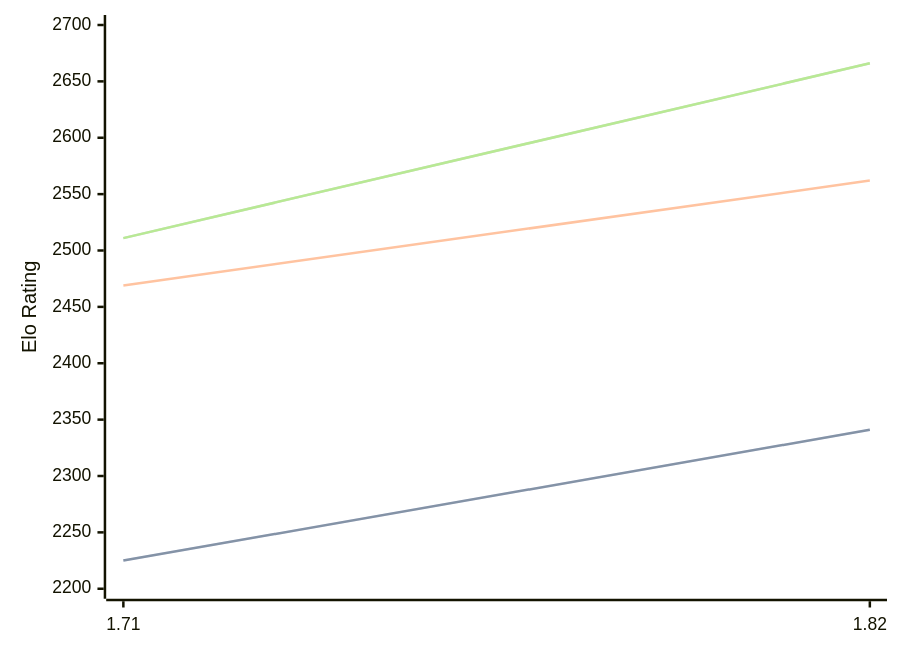
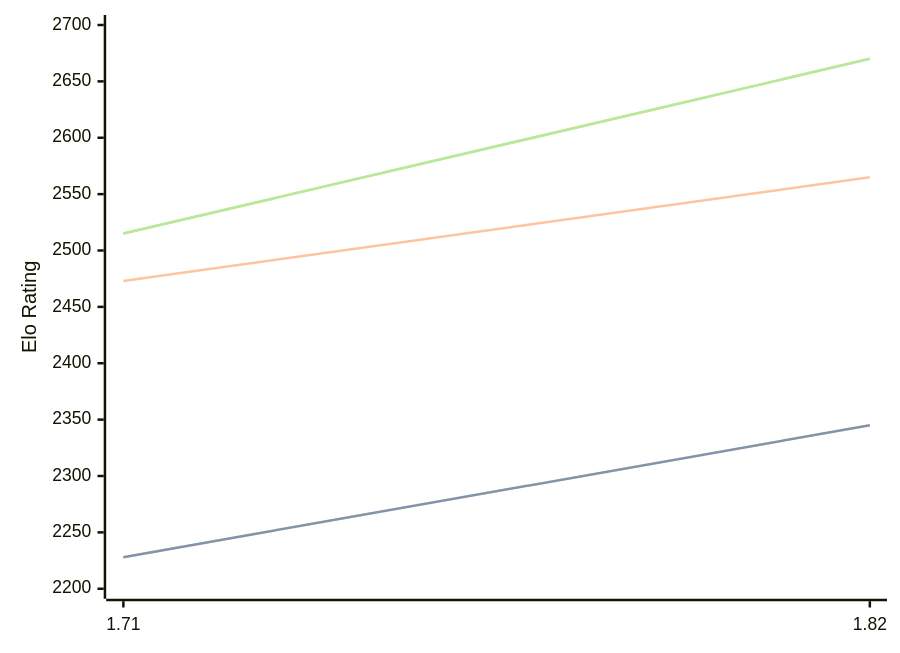
One commit to computer-chess-index/cci changed the diagram in engines/Amira.md. Above: the diagram before and after it, drawn with Mermaid. The commit also changed other lines of this file, not shown here.

Commit message:
Update CCI Ratings (ELO VLTC) - 2026-04-30

````diff
--- a/engines/Amira.md
+++ b/engines/Amira.md
@@ -35,11 +35,11 @@
 ```mermaid
 %%{init: {"theme":"base","themeVariables":{"seriesColors:['#a3a3a3','#222221','#faa371']}}}%%
 xychart-beta
   x-axis ["1.71", "1.82"]
   y-axis "Elo Rating" 2200 --> 2700
-  line "STC (8.0+0.08s)" [2225, 2341]
-  line "STC (8.0+0.08s)" [2225, 2341]
-  line "LTC (60.0+0.60s)" [2469, 2562]
-  line "VLTC (2m24s+1.12s)" [2511, 2666]
-  line "VLTC (2m24s+1.12s)" [2511, 2666]
+  line "STC (8.0+0.08s)" [2228, 2345]
+  line "STC (8.0+0.08s)" [2228, 2345]
+  line "LTC (60.0+0.60s)" [2473, 2565]
+  line "VLTC (2m24s+1.12s)" [2515, 2670]
+  line "VLTC (2m24s+1.12s)" [2515, 2670]
 ```
````
